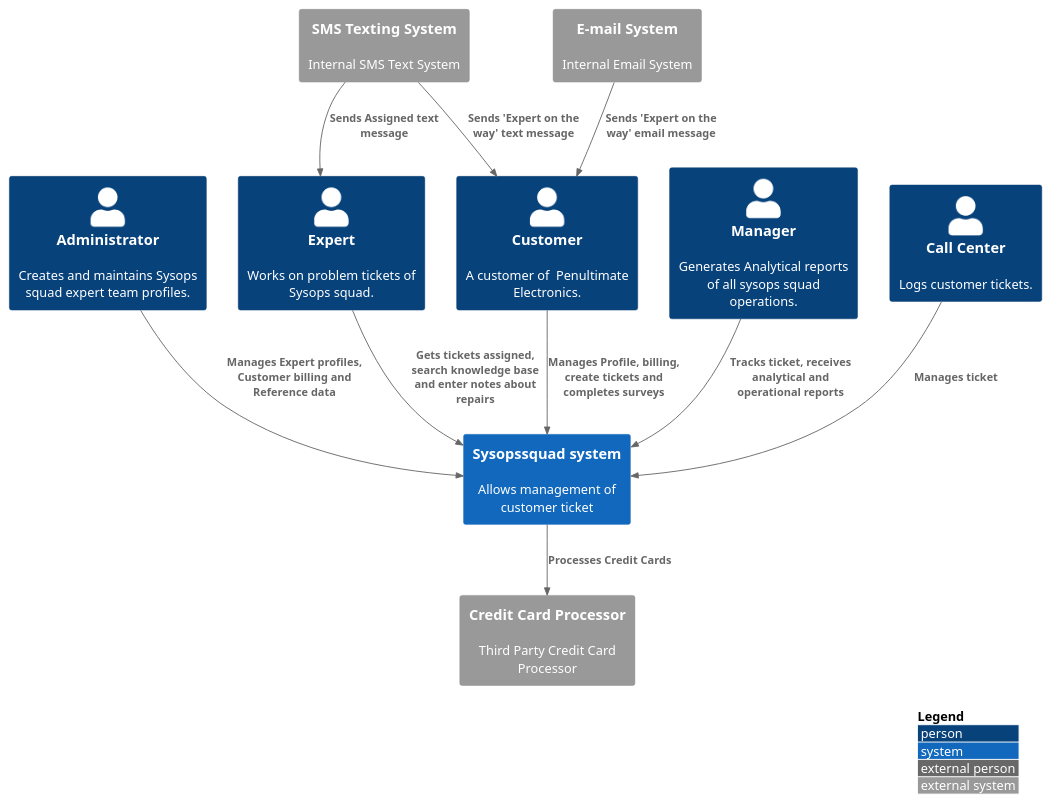
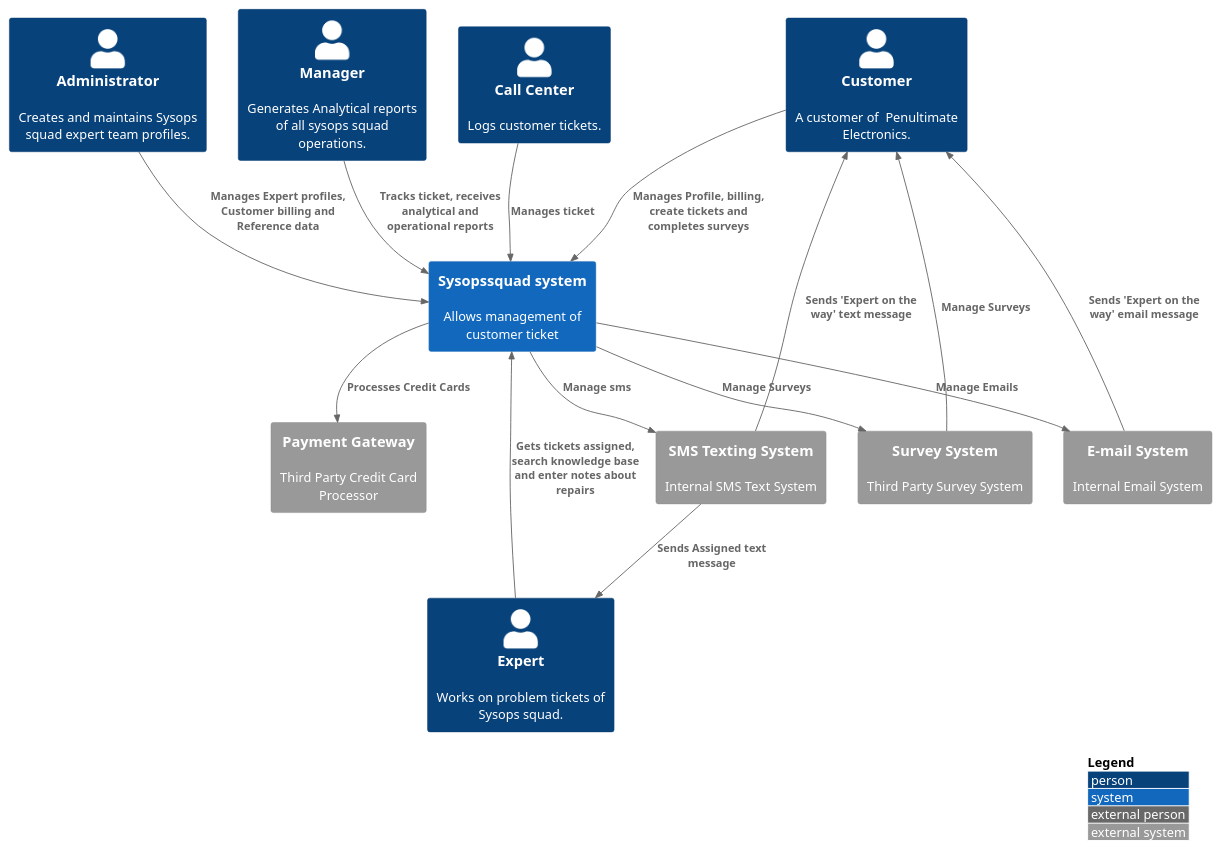
One commit to architectonics/sysopssquad changed the diagram in src/context.puml. Above: the diagram before and after it, drawn with PlantUML. The commit also changed 17 other files, not shown here.

```diff
--- a/src/context.puml
+++ b/src/context.puml
@@ -1,28 +1,35 @@
 @startuml
 !include https://raw.githubusercontent.com/adrianvlupu/C4-PlantUML/latest/C4_Context.puml
 
 LAYOUT_WITH_LEGEND()
 
 Person(customer, "Customer", "A customer of  Penultimate Electronics.")
 Person(admin, "Administrator", "Creates and maintains Sysops squad expert team profiles.")
 Person(expert, "Expert", "Works on problem tickets of Sysops squad.")
 Person(manager, "Manager", "Generates Analytical reports of all sysops squad operations.")
 Person(agent, "Call Center", "Logs customer tickets.")
 
 System(ss, "Sysopssquad system", "Allows management of customer ticket")
 
 System_Ext(es, "E-mail System", "Internal Email System")
 System_Ext(sms, "SMS Texting System", "Internal SMS Text System")
-System_Ext(cc, "Credit Card Processor", "Third Party Credit Card Processor")
+System_Ext(cc, "Payment Gateway", "Third Party Credit Card Processor")
+System_Ext(srvy, "Survey System", "Third Party Survey System")
 
 Rel(customer, ss, "Manages Profile, billing, create tickets and completes surveys")
 Rel(expert, ss, "Gets tickets assigned, search knowledge base and enter notes about repairs")
 Rel(agent, ss, "Manages ticket")
 Rel(manager, ss, "Tracks ticket, receives analytical and operational reports")
 Rel(admin, ss, "Manages Expert profiles, Customer billing and Reference data")
 Rel(es, customer, "Sends 'Expert on the way' email message")
 Rel(sms, customer, "Sends 'Expert on the way' text message")
 Rel(sms, expert, "Sends Assigned text message")
 
 Rel(ss, cc, "Processes Credit Cards")
+Rel(ss, srvy, "Manage Surveys")
+Rel(srvy, customer, "Manage Surveys")
+Rel(ss, sms, "Manage sms")
+Rel(ss, es, "Manage Emails")
+
+
 @enduml
```
